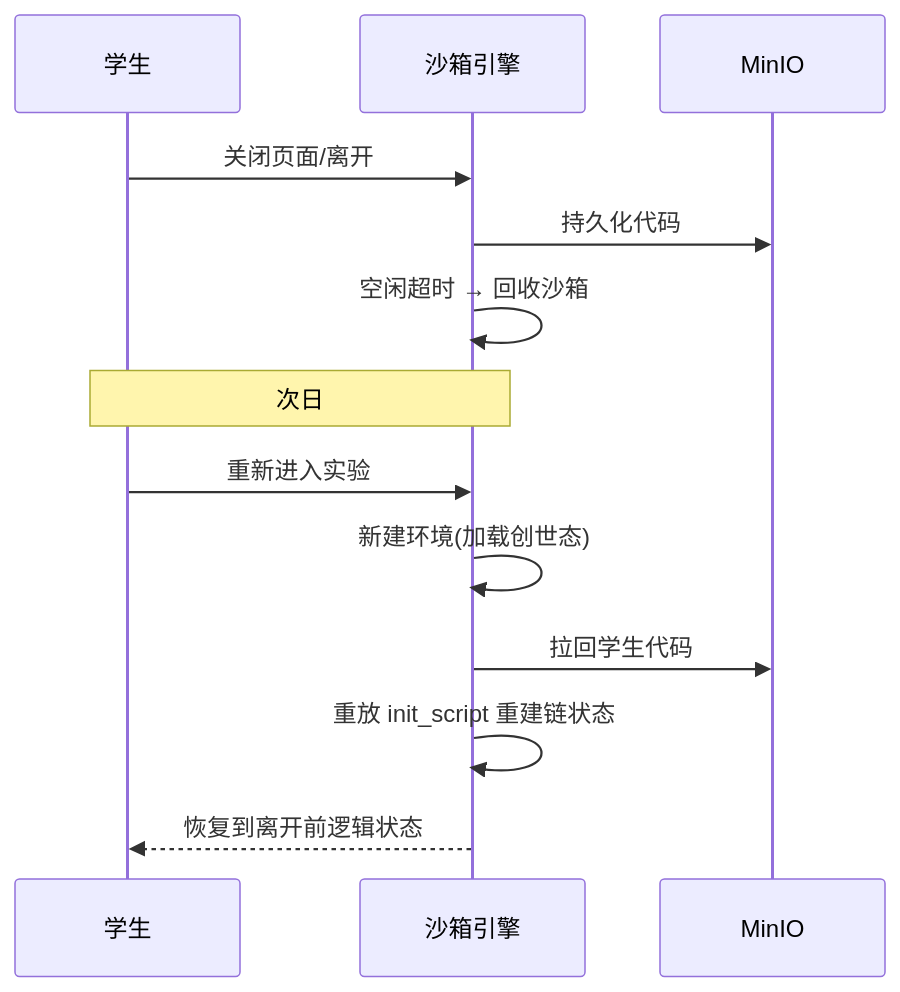
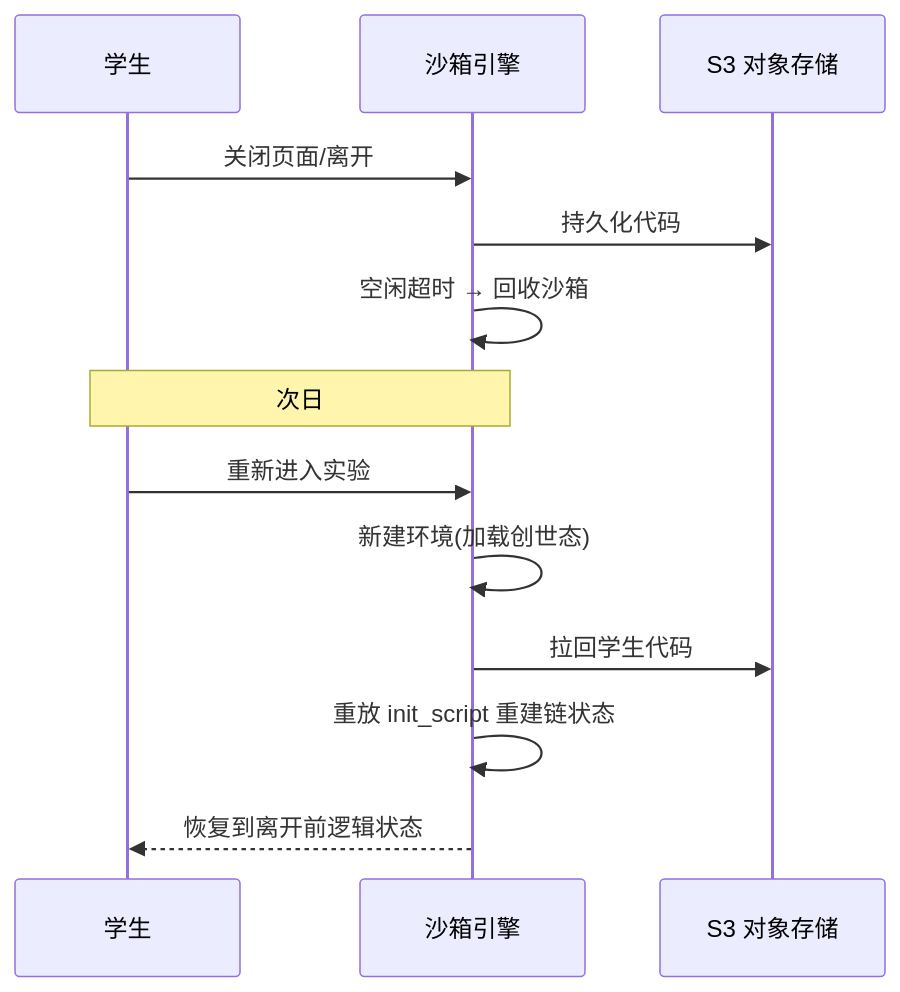
One commit to menghuishisan/CHAIMIR changed the third of 7 diagrams in docs/02-沙箱引擎/05-业务流程与状态机.md. Above: the diagram before and after it, drawn with Mermaid. The commit also changed other lines of this file and 117 other files, not shown here.

````diff
--- a/docs/02-沙箱引擎/05-业务流程与状态机.md
+++ b/docs/02-沙箱引擎/05-业务流程与状态机.md
@@ -61,15 +61,15 @@
 ```mermaid
 sequenceDiagram
     participant S as 学生
     participant M2 as 沙箱引擎
-    participant Mc as MinIO
+    participant Mc as S3 对象存储
     S->>M2: 关闭页面/离开
     M2->>Mc: 持久化代码
     M2->>M2: 空闲超时 → 回收沙箱
     Note over S,M2: 次日
     S->>M2: 重新进入实验
     M2->>M2: 新建环境(加载创世态)
     M2->>Mc: 拉回学生代码
     M2->>M2: 重放 init_script 重建链状态
     M2-->>S: 恢复到离开前逻辑状态
 ```
````
